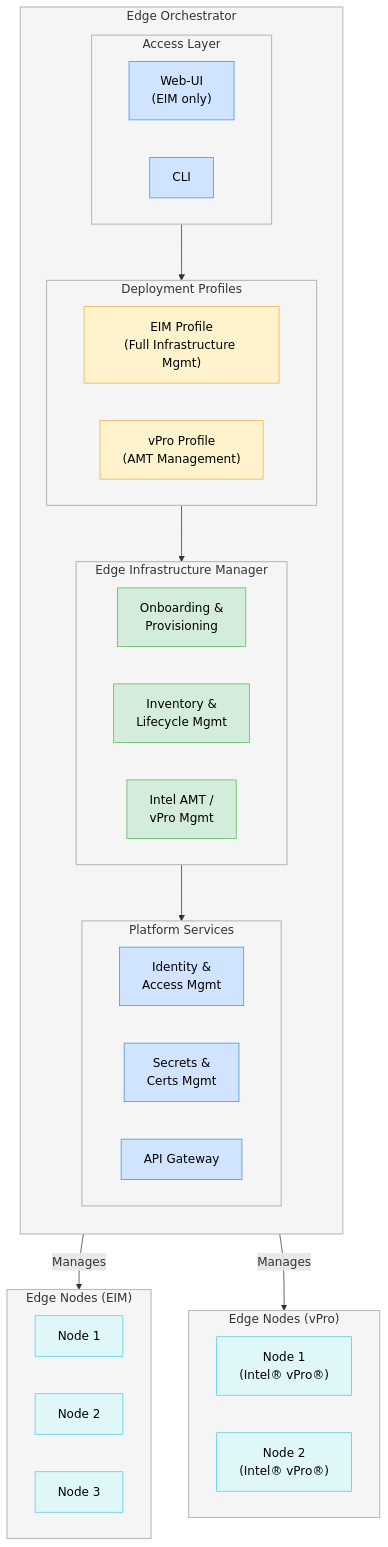
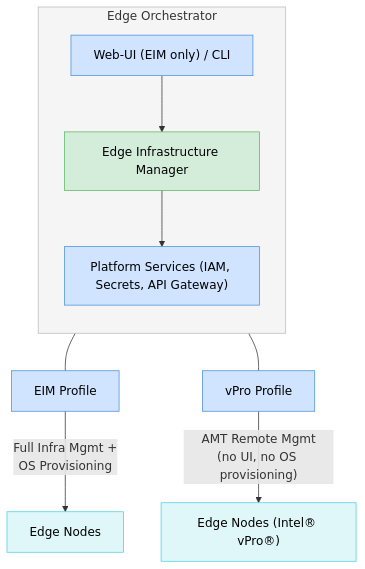
One commit to open-edge-platform/edge-manageability-framework changed the diagram in README.md. Above: the diagram before and after it, drawn with Mermaid.

````diff
--- a/README.md
+++ b/README.md
@@ -28,65 +28,27 @@
 ```mermaid
 flowchart TB
-
     subgraph EO["Edge Orchestrator"]
         direction TB
-
-        subgraph Access["Access Layer"]
-            direction LR
-            WebUI["Web-UI<br/>(EIM only)"]
-            CLI["CLI"]
-        end
-
-        subgraph Profiles["Deployment Profiles"]
-            direction LR
-            EIM["EIM Profile<br/>(Full Infrastructure Mgmt)"]
-            VPRO["vPro Profile<br/>(AMT Management)"]
-        end
-
-        subgraph Infra["Edge Infrastructure Manager"]
-            direction LR
-            Onboard["Onboarding &<br/>Provisioning"]
-            Inventory["Inventory &<br/>Lifecycle Mgmt"]
-            AMT["Intel AMT /<br/>vPro Mgmt"]
-        end
-
-        subgraph Platform["Platform Services"]
-            direction LR
-            IAM["Identity &<br/>Access Mgmt"]
-            Secrets["Secrets &<br/>Certs Mgmt"]
-            Gateway["API Gateway"]
-        end
-
-        Access --> Profiles --> Infra --> Platform
+        Access["Web-UI (EIM only) / CLI"]
+        Infra["Edge Infrastructure Manager"]
+        Platform["Platform Services (IAM, Secrets, API Gateway)"]
+        Access --> Infra --> Platform
     end
 
-    subgraph EN1["Edge Nodes (EIM)"]
-        direction LR
-        E1["Node 1"]
-        E2["Node 2"]
-        E3["Node 3"]
-    end
+    EIM["EIM Profile"] -->|"Full Infra Mgmt +<br/>OS Provisioning"| EN1["Edge Nodes"]
+    VPRO["vPro Profile"] -->|"AMT Remote Mgmt<br/>(no UI, no OS provisioning)"| EN2["Edge Nodes (Intel® vPro®)"]
 
-    subgraph EN2["Edge Nodes (vPro)"]
-        direction LR
-        V1["Node 1<br/>(Intel® vPro®)"]
-        V2["Node 2<br/>(Intel® vPro®)"]
-    end
-
-    EO -->|"Manages"| EN1
-    EO -->|"Manages"| EN2
+    EO --- EIM
+    EO --- VPRO
 
     classDef blue fill:#d0e4ff,color:#000,stroke:#4a90d9
     classDef green fill:#d4edda,color:#000,stroke:#5cb85c
     classDef lightblue fill:#e0f7fa,color:#000,stroke:#4dd0e1
-    classDef grey fill:#f5f5f5,stroke:#bbb,stroke-width:1.5px
-    classDef orange fill:#fff3cd,color:#000,stroke:#f0ad4e
+    classDef grey fill:#f5f5f5,stroke:#bbb
 
-    class EO,Access,Profiles,Infra,Platform grey
-    class WebUI,CLI blue
-    class EIM,VPRO orange
-    class Onboard,Inventory,AMT green
-    class IAM,Secrets,Gateway blue
-    class EN1,EN2 grey
-    class E1,E2,E3,V1,V2 lightblue
+    class EO grey
+    class Access,Platform blue
+    class Infra green
+    class EIM,VPRO blue
+    class EN1,EN2 lightblue
 ```
````
